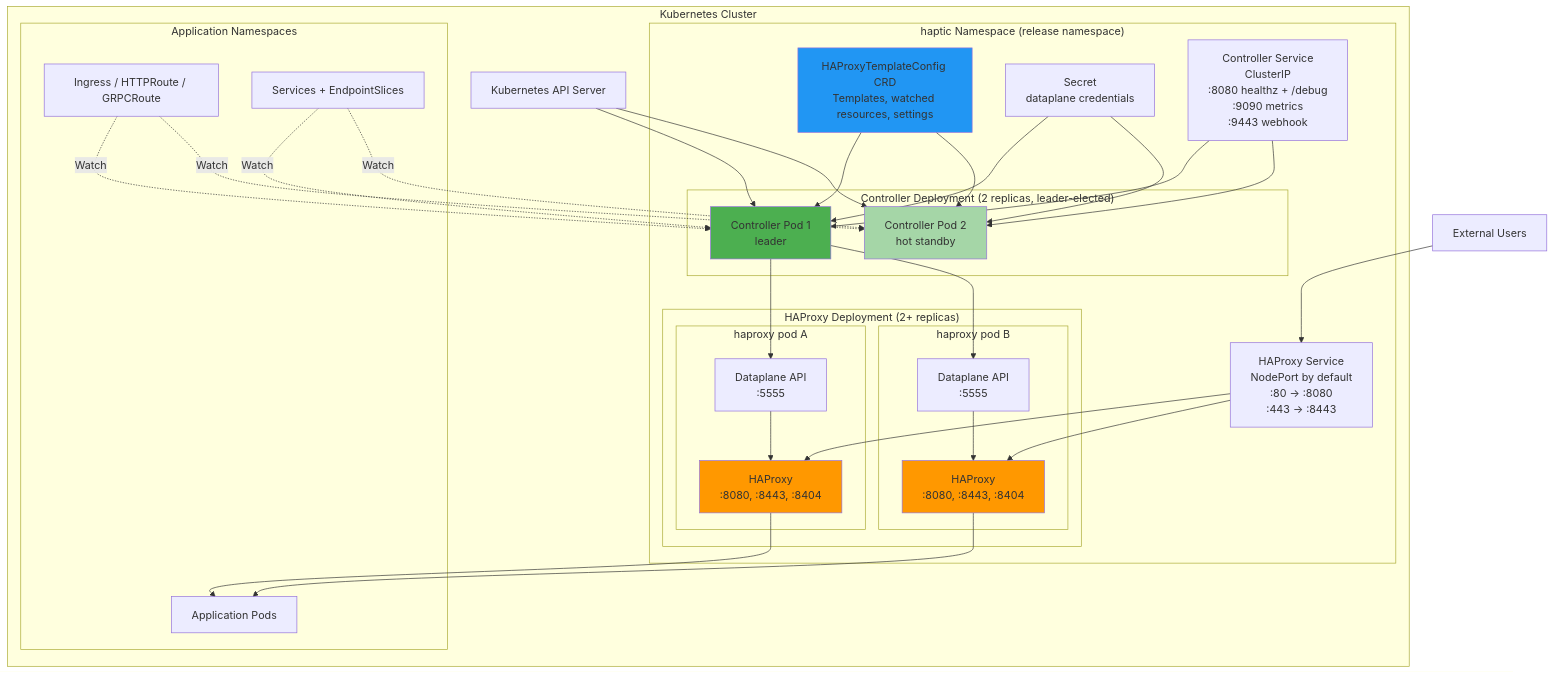
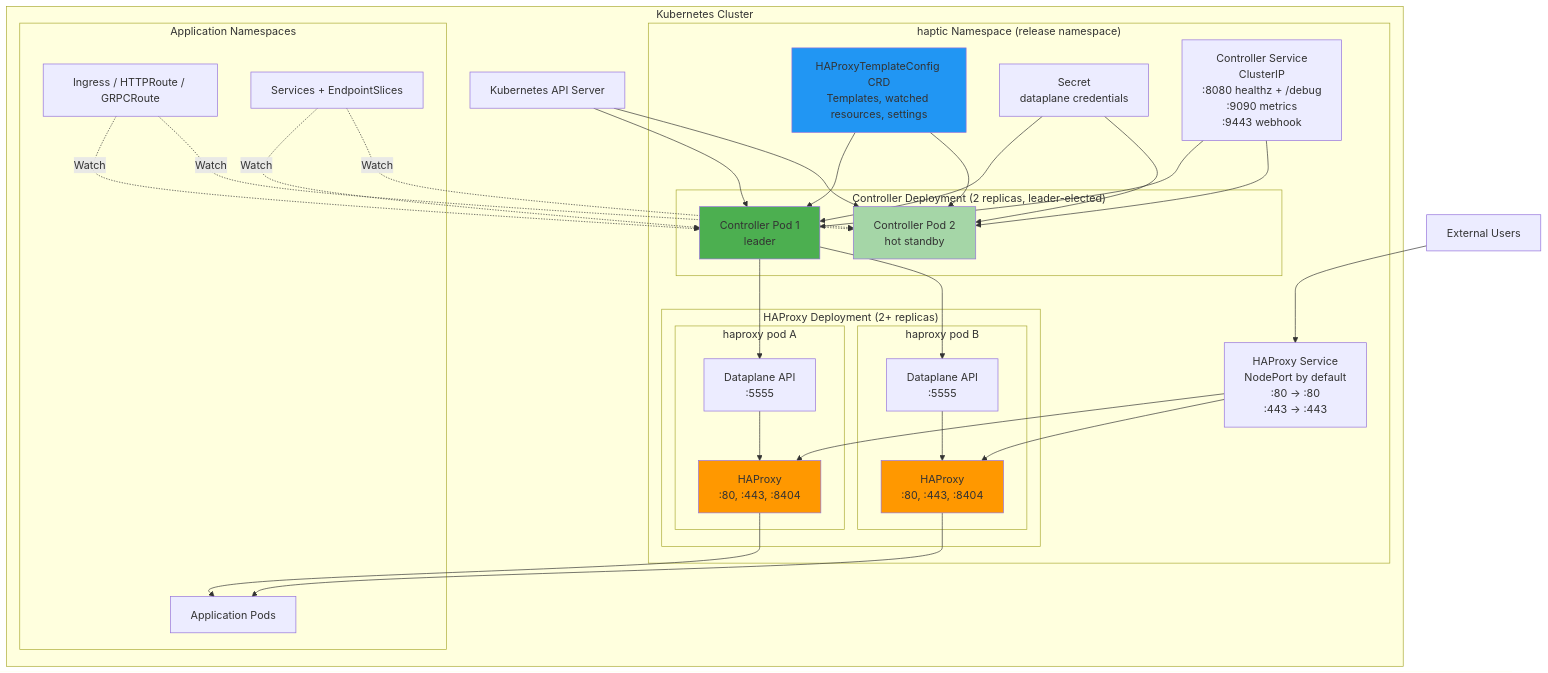
Before and after one commit to HAProxy-Template-IC/haproxy-template-ingress-controller: the first of 3 diagrams in docs/controller/docs/development/design/deployment.md, drawn with Mermaid. The commit also changed other lines of this file and 152 other files, not shown here.

````diff
--- a/docs/controller/docs/development/design/deployment.md
+++ b/docs/controller/docs/development/design/deployment.md
@@ -5,61 +5,61 @@
 ```mermaid
 graph TB
     subgraph "Kubernetes Cluster"
         API[Kubernetes API Server]
 
         subgraph "haptic Namespace (release namespace)"
             subgraph "Controller Deployment (2 replicas, leader-elected)"
                 CTRL1[Controller Pod 1<br/>leader]
                 CTRL2[Controller Pod 2<br/>hot standby]
             end
 
             HTPLCFG[HAProxyTemplateConfig CRD<br/>Templates, watched resources, settings]
             CREDS[Secret<br/>dataplane credentials]
 
             CTRL_SVC[Controller Service<br/>ClusterIP<br/>:8080 healthz + /debug<br/>:9090 metrics<br/>:9443 webhook]
 
             subgraph "HAProxy Deployment (2+ replicas)"
                 subgraph "haproxy pod A"
-                    HAP1[HAProxy<br/>:8080, :8443, :8404]
+                    HAP1[HAProxy<br/>:80, :443, :8404]
                     DP1[Dataplane API<br/>:5555]
                 end
                 subgraph "haproxy pod B"
-                    HAP2[HAProxy<br/>:8080, :8443, :8404]
+                    HAP2[HAProxy<br/>:80, :443, :8404]
                     DP2[Dataplane API<br/>:5555]
                 end
             end
 
-            HAP_SVC[HAProxy Service<br/>NodePort by default<br/>:80 → :8080<br/>:443 → :8443]
+            HAP_SVC[HAProxy Service<br/>NodePort by default<br/>:80 → :80<br/>:443 → :443]
         end
 
         subgraph "Application Namespaces"
             ING[Ingress / HTTPRoute / GRPCRoute]
             APPSVC[Services + EndpointSlices]
             PODS[Application Pods]
         end
     end
 
     USERS[External Users] --> HAP_SVC
     HAP_SVC --> HAP1
     HAP_SVC --> HAP2
 
     CTRL_SVC --> CTRL1 & CTRL2
     API --> CTRL1 & CTRL2
     HTPLCFG --> CTRL1 & CTRL2
     CREDS --> CTRL1 & CTRL2
     ING -.Watch.-> CTRL1 & CTRL2
     APPSVC -.Watch.-> CTRL1 & CTRL2
 
     CTRL1 --> DP1 & DP2
     DP1 --> HAP1
     DP2 --> HAP2
 
     HAP1 --> PODS
     HAP2 --> PODS
 
     style CTRL1 fill:#4CAF50
     style CTRL2 fill:#A5D6A7
     style HAP1 fill:#FF9800
     style HAP2 fill:#FF9800
     style HTPLCFG fill:#2196F3
 ```
````
